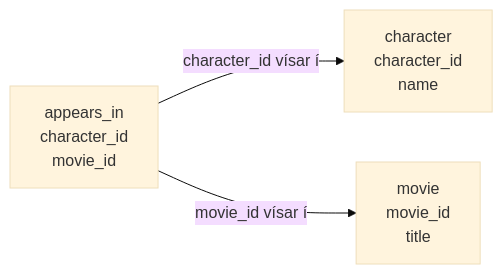
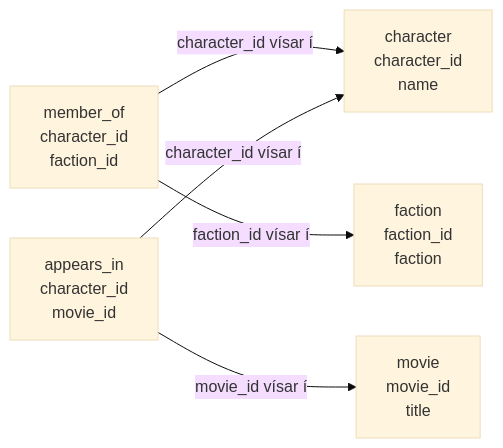
Before and after one commit to HI-IDN/IDN302G: the diagram in docs/logic-sets/relations-as-tables.qmd, drawn with Mermaid (base theme). The commit also changed other lines of this file and 4 other files, not shown here.

````diff
--- a/docs/logic-sets/relations-as-tables.qmd
+++ b/docs/logic-sets/relations-as-tables.qmd
@@ -71,9 +88,13 @@
 ```mermaid
 flowchart LR
   character["character<br/>character_id<br/>name"]
+  faction["faction<br/>faction_id<br/>faction"]
   movie["movie<br/>movie_id<br/>title"]
+  member_of["member_of<br/>character_id<br/>faction_id"]
   appears_in["appears_in<br/>character_id<br/>movie_id"]
 
+  member_of -->|"character_id vísar í"| character
+  member_of -->|"faction_id vísar í"| faction
   appears_in -->|"character_id vísar í"| character
   appears_in -->|"movie_id vísar í"| movie
 ```
````
